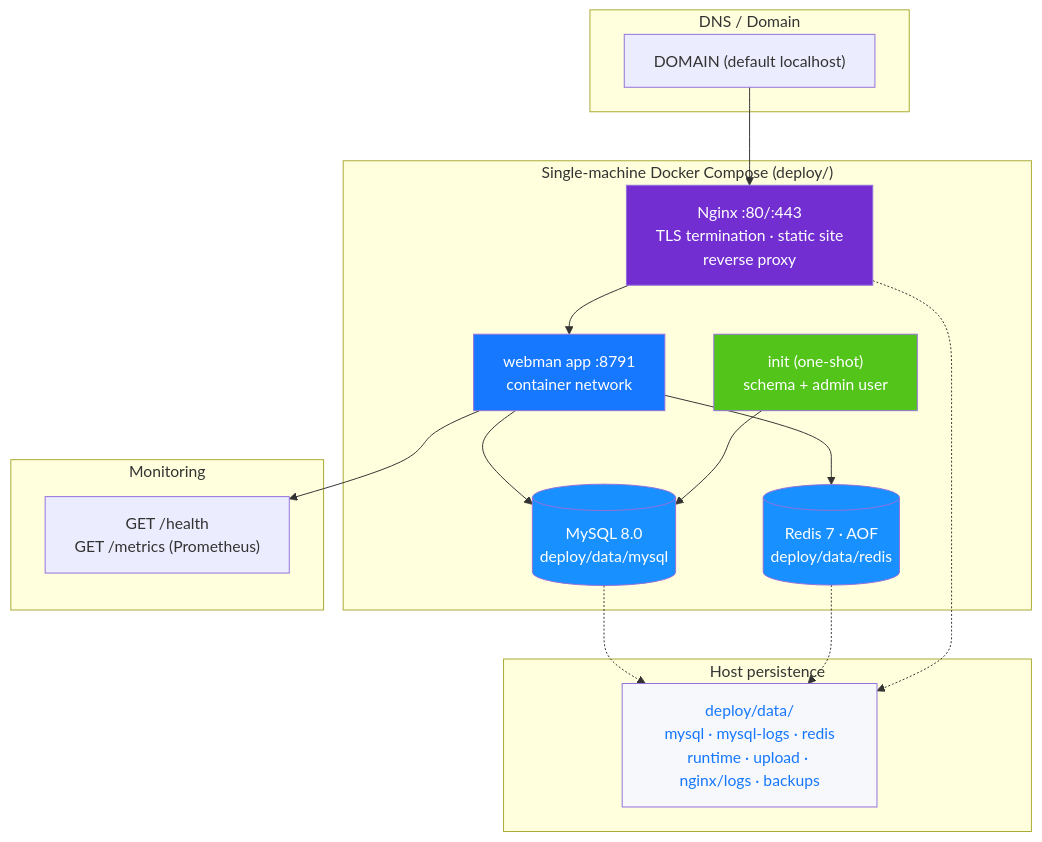
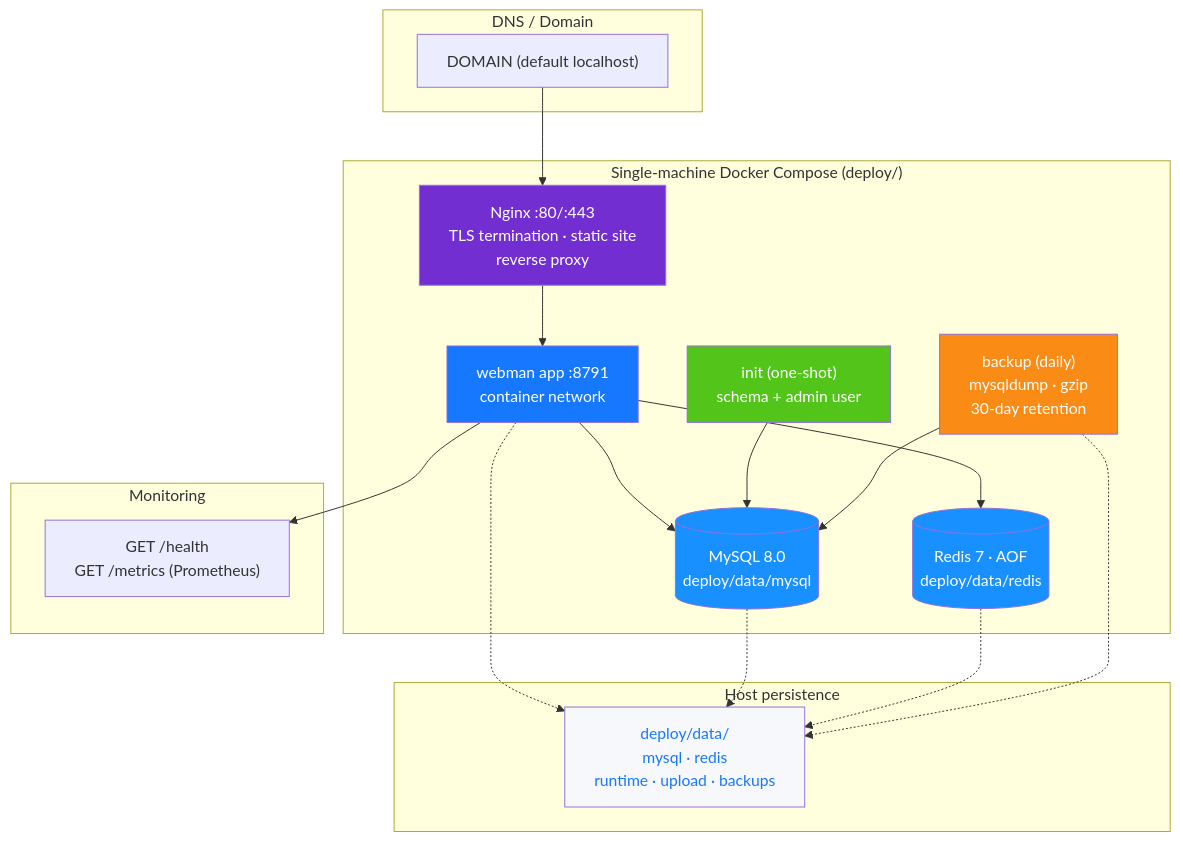
Before and after one commit to erikwang2013/open-admin: the diagram in docs/diagrams/12-deployment.en.md, drawn with Mermaid. The commit also changed 49 other files, not shown here.

````diff
--- a/docs/diagrams/12-deployment.en.md
+++ b/docs/diagrams/12-deployment.en.md
@@ -7,39 +7,43 @@
 ```mermaid
 flowchart TB
     subgraph dns["DNS / Domain"]
         domain["DOMAIN (default localhost)"]
     end
 
     subgraph host["Single-machine Docker Compose (deploy/)"]
         nginx["Nginx :80/:443<br/>TLS termination · static site<br/>reverse proxy"]
         bootstrap["init (one-shot)<br/>schema + admin user"]
         wm["webman app :8791<br/>container network"]
         mysql[("MySQL 8.0<br/>deploy/data/mysql")]
         redis[("Redis 7 · AOF<br/>deploy/data/redis")]
+        backup["backup (daily)<br/>mysqldump · gzip<br/>30-day retention"]
     end
 
     subgraph persist["Host persistence"]
-        data["deploy/data/<br/>mysql · mysql-logs · redis<br/>runtime · upload · nginx/logs · backups"]
+        data["deploy/data/<br/>mysql · redis<br/>runtime · upload · backups"]
     end
 
     subgraph monitor["Monitoring"]
         health["GET /health<br/>GET /metrics (Prometheus)"]
     end
 
     domain --> nginx
     nginx --> wm
     wm --> mysql
     wm --> redis
     bootstrap --> mysql
+    backup --> mysql
+    wm -.-> data
     mysql -.-> data
     redis -.-> data
-    nginx -.-> data
+    backup -.-> data
     wm --> health
 
     style nginx fill:#722ED1,color:#fff
     style bootstrap fill:#52C41A,color:#fff
     style wm fill:#1677FF,color:#fff
     style mysql fill:#1890FF,color:#fff
     style redis fill:#1890FF,color:#fff
+    style backup fill:#FA8C16,color:#fff
     style data fill:#F6F8FC,color:#1677FF
 ```
````
